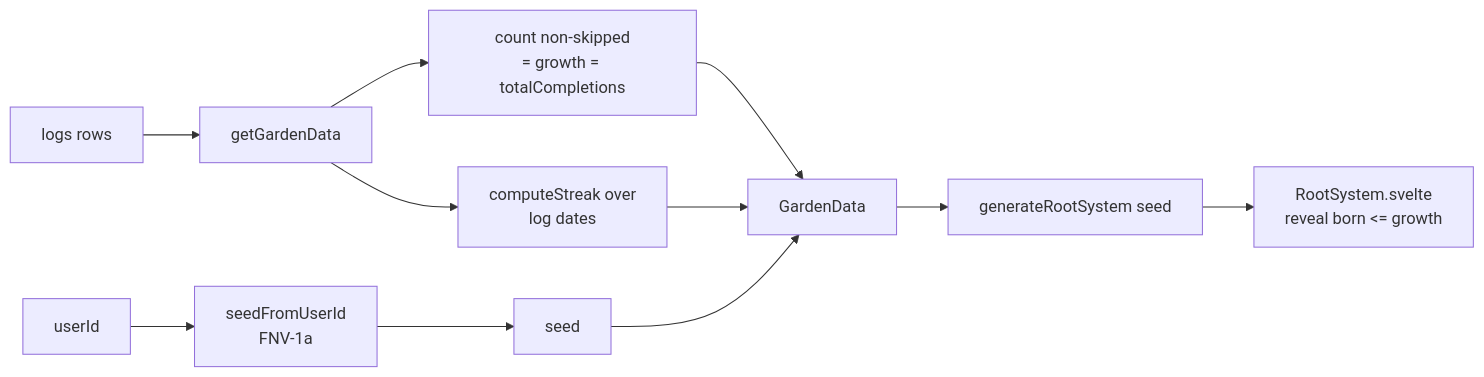
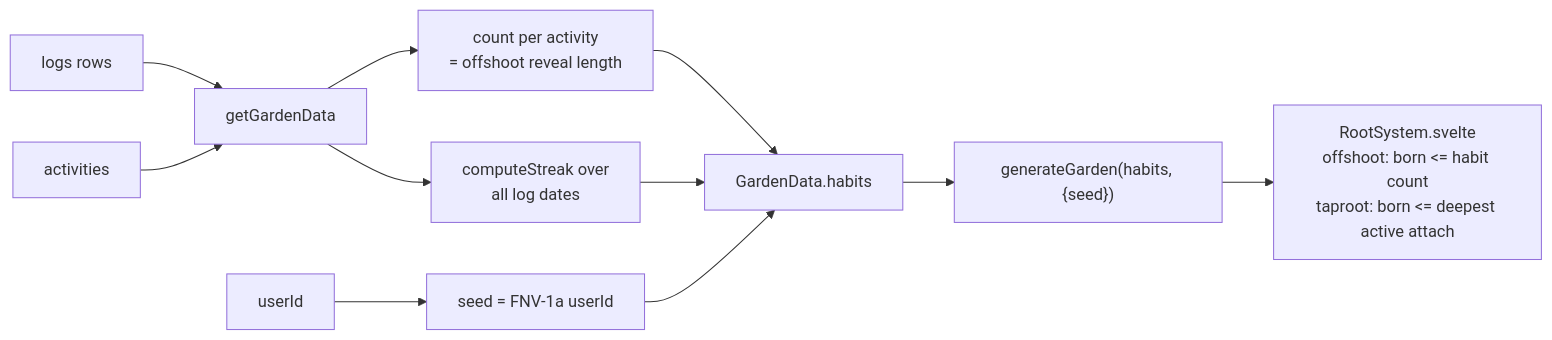
One commit to vojtechmarek-dev/rootine changed the first of 5 diagrams in docs/features/root-system-garden.md. Above: the diagram before and after it, drawn with Mermaid. The commit also changed other lines of this file and 14 other files, not shown here.

````diff
--- a/docs/features/root-system-garden.md
+++ b/docs/features/root-system-garden.md
@@ -30,13 +41,13 @@
 ```mermaid
 flowchart LR
     A[logs rows] --> B[getGardenData]
-    U[userId] --> H[seedFromUserId\nFNV-1a]
-    B --> C[count non-skipped\n= growth = totalCompletions]
-    B --> D[computeStreak over\nlog dates]
-    H --> S[seed]
-    C --> G[GardenData]
+    Acts[activities] --> B
+    B --> C[count per activity\n= offshoot reveal length]
+    B --> D[computeStreak over\nall log dates]
+    U[userId] --> H[seed = FNV-1a userId]
+    C --> G[GardenData.habits]
+    H --> G
     D --> G
-    S --> G
-    G --> RS[generateRootSystem seed]
-    RS --> R[RootSystem.svelte\nreveal born <= growth]
+    G --> GEN["generateGarden(habits, {seed})"]
+    GEN --> R["RootSystem.svelte\noffshoot: born <= habit count\ntaproot: born <= deepest active attach"]
 ```
````
